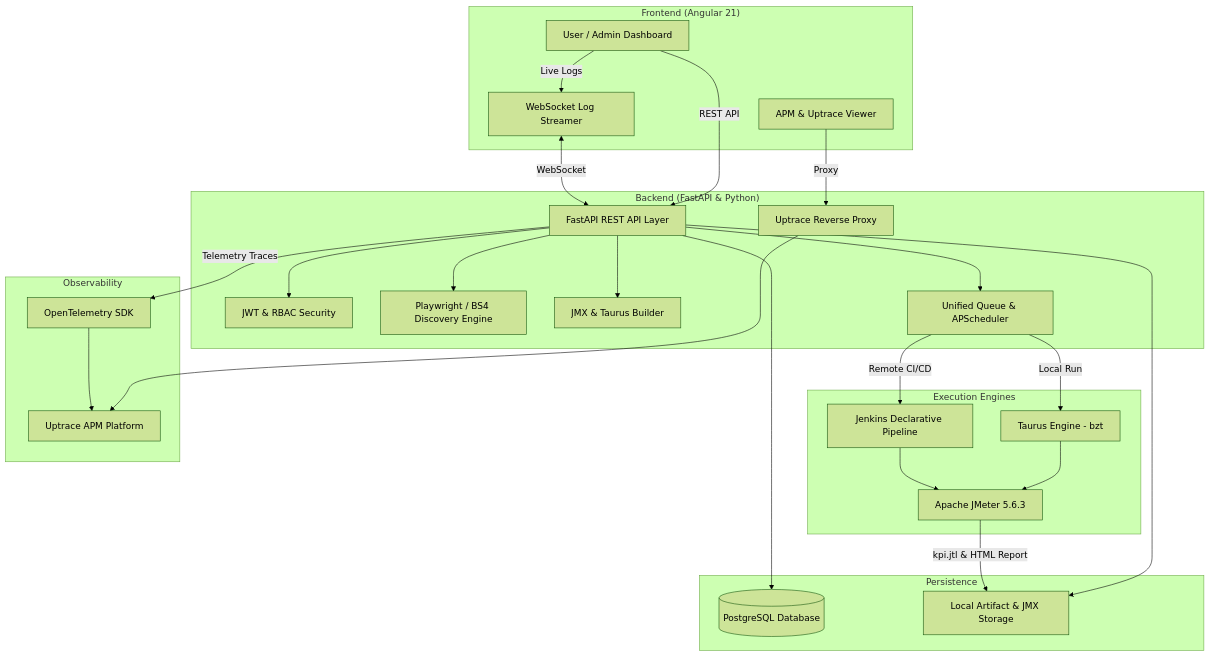
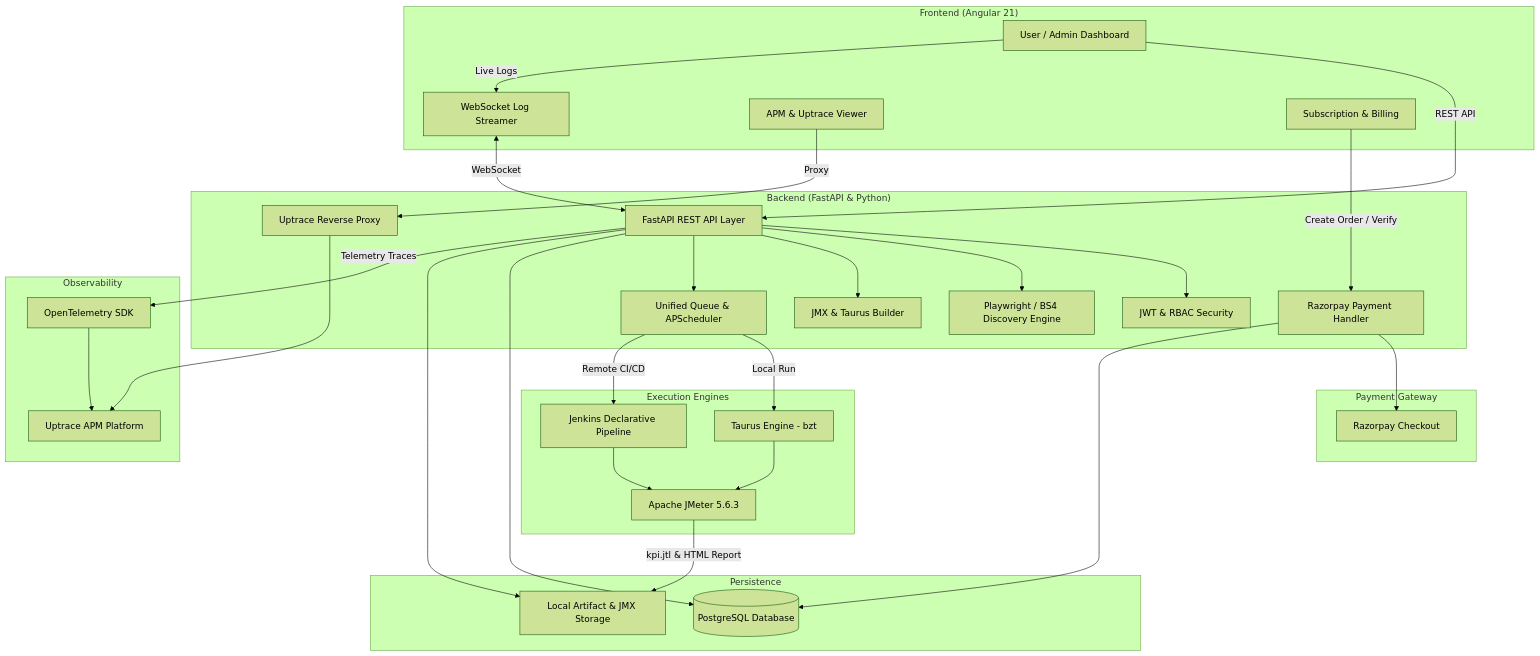
The diagram in README.md (Himanshux19/PerfAnalyzer), drawn with Mermaid (forest theme) before and after one commit. The commit also changed other lines of this file, not shown here.

Commit message:
feat: enhance README with Razorpay integration details and subscription billing information

````diff
--- a/README.md
+++ b/README.md
@@ -68,51 +80,59 @@
 ```mermaid
 flowchart TD
     subgraph Client["Frontend (Angular 21)"]
         UI[User / Admin Dashboard]
         WS_Client[WebSocket Log Streamer]
         Mon_UI[APM & Uptrace Viewer]
+        Billing_UI[Subscription & Billing]
     end
 
     subgraph Backend["Backend (FastAPI & Python)"]
         API[FastAPI REST API Layer]
         Auth[JWT & RBAC Security]
         Crawler[Playwright / BS4 Discovery Engine]
         Builder[JMX & Taurus Builder]
         Queue[Unified Queue & APScheduler]
         Proxy[Uptrace Reverse Proxy]
+        Payment[Razorpay Payment Handler]
     end
 
     subgraph Database["Persistence"]
         Postgres[(PostgreSQL Database)]
         Storage[Local Artifact & JMX Storage]
     end
 
     subgraph Execution["Execution Engines"]
         Taurus[Taurus Engine - bzt]
         JMeter[Apache JMeter 5.6.3]
         Jenkins[Jenkins Declarative Pipeline]
     end
 
     subgraph APM["Observability"]
         OTel[OpenTelemetry SDK]
         Uptrace[Uptrace APM Platform]
     end
 
+    subgraph Payments["Payment Gateway"]
+        Razorpay[Razorpay Checkout]
+    end
+
     UI -->|REST API| API
     UI -->|Live Logs| WS_Client
     WS_Client <-->|WebSocket| API
     Mon_UI -->|Proxy| Proxy --> Uptrace
+    Billing_UI -->|Create Order / Verify| Payment --> Razorpay
 
     API --> Auth
     API --> Crawler
     API --> Builder
     API --> Queue
     API --> Postgres
     API --> Storage
+    Payment --> Postgres
 
     Queue -->|Local Run| Taurus --> JMeter
     Queue -->|Remote CI/CD| Jenkins --> JMeter
-    
+
     JMeter -->|kpi.jtl & HTML Report| Storage
     API -->|Telemetry Traces| OTel --> Uptrace
 ```
````
